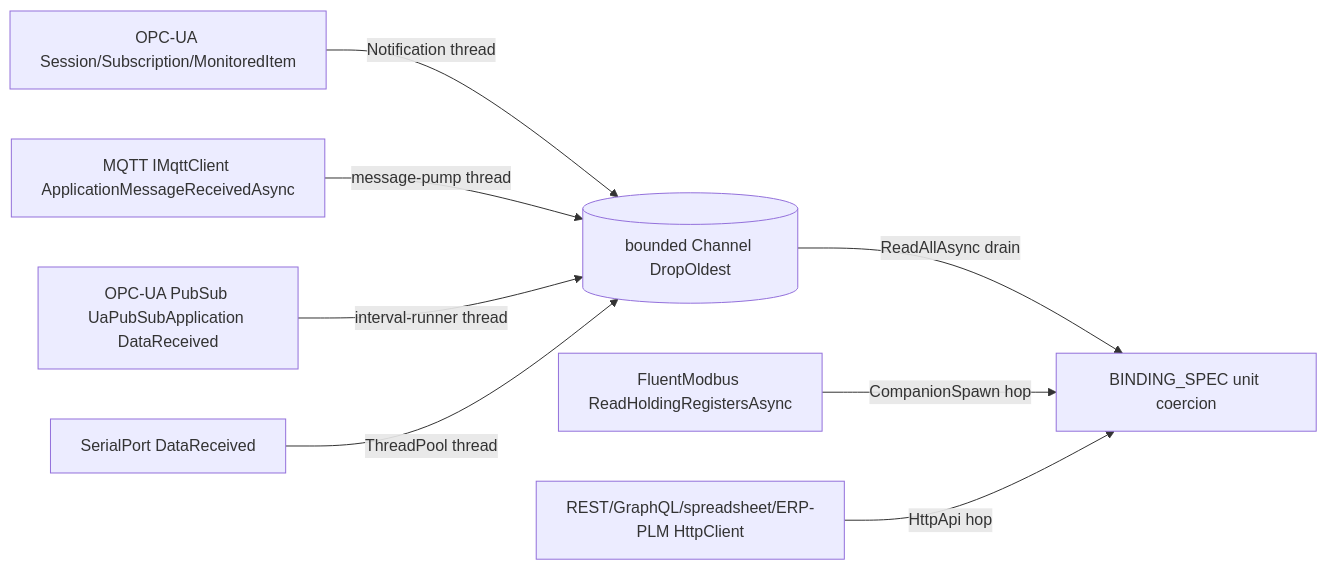
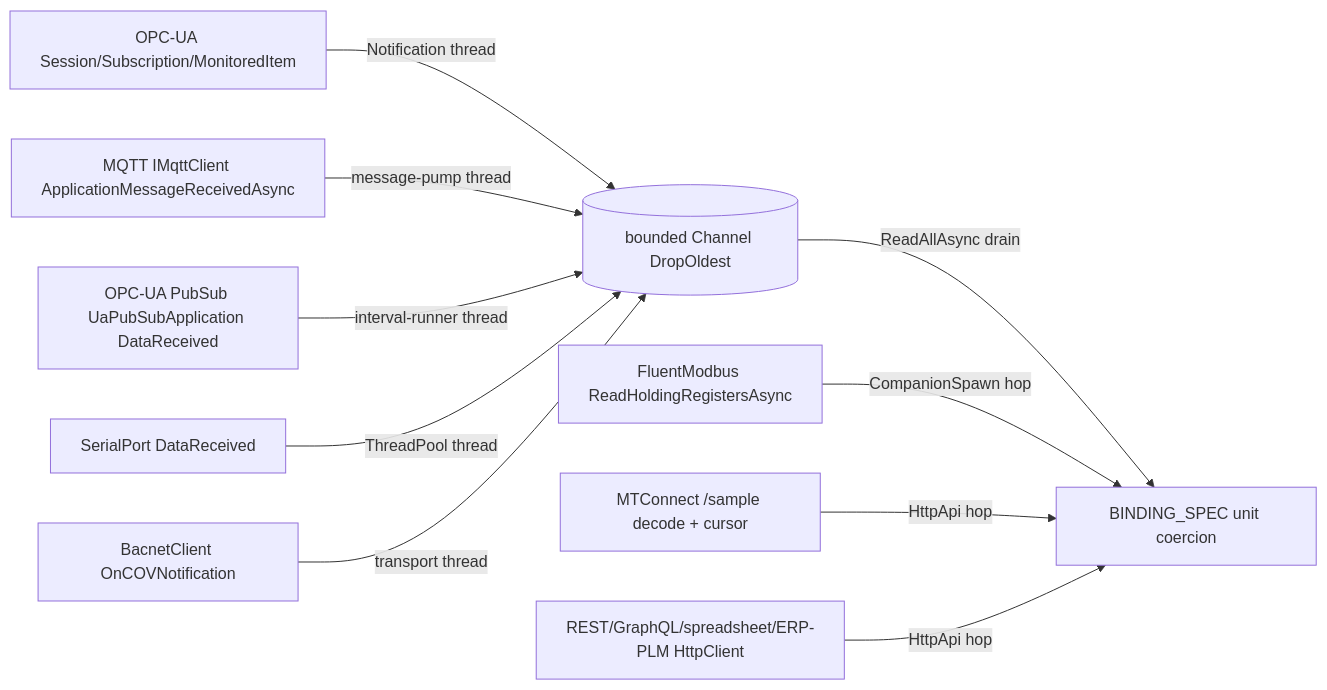
The first of 2 diagrams in libs/csharp/Rasm.AppHost/.planning/Wire/livewire.md (bsamiee/Rasm), drawn with Mermaid before and after one commit. The commit also changed other lines of this file and 195 other files, not shown here.

````diff
--- a/libs/csharp/Rasm.AppHost/.planning/Wire/livewire.md
+++ b/libs/csharp/Rasm.AppHost/.planning/Wire/livewire.md
@@ -511,10 +602,12 @@
 ```mermaid
 flowchart LR
     OpcUa[OPC-UA Session/Subscription/MonitoredItem] -->|Notification thread| Lane[(bounded Channel DropOldest)]
     Mqtt[MQTT IMqttClient ApplicationMessageReceivedAsync] -->|message-pump thread| Lane
     PubSub[OPC-UA PubSub UaPubSubApplication DataReceived] -->|interval-runner thread| Lane
     Serial[SerialPort DataReceived] -->|ThreadPool thread| Lane
+    Bacnet[BacnetClient OnCOVNotification] -->|transport thread| Lane
     Lane -->|ReadAllAsync drain| Coerce[BINDING_SPEC unit coercion]
     Modbus[FluentModbus ReadHoldingRegistersAsync] -->|CompanionSpawn hop| Coerce
+    Mtconnect[MTConnect /sample decode + cursor] -->|HttpApi hop| Coerce
     Http[REST/GraphQL/spreadsheet/ERP-PLM HttpClient] -->|HttpApi hop| Coerce
 ```
````
